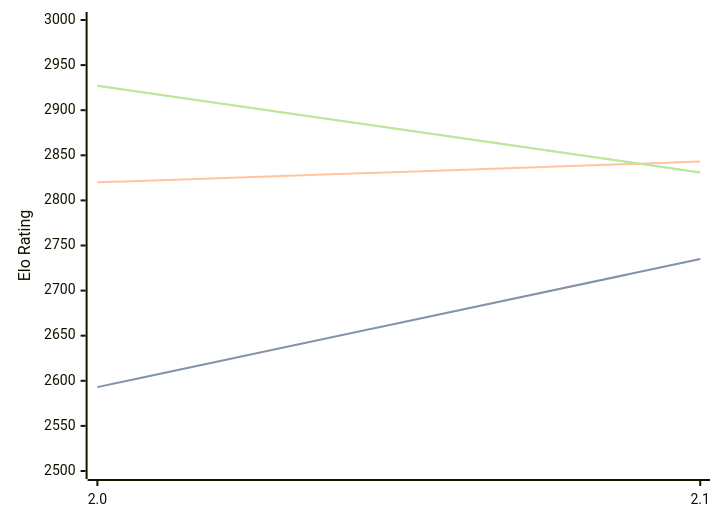
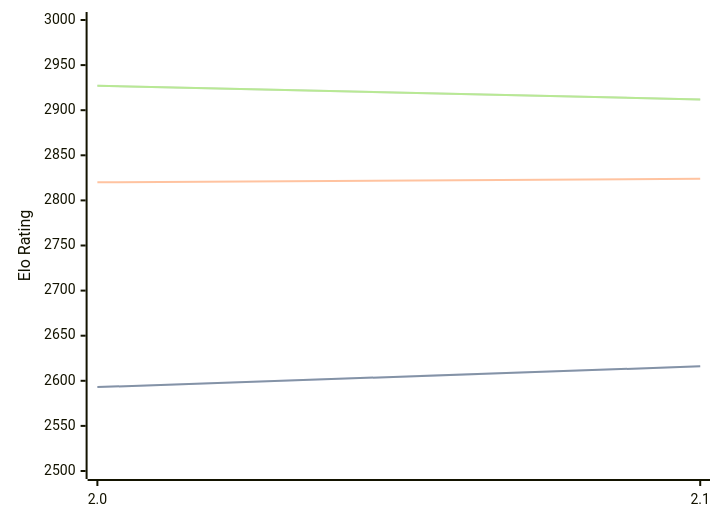
One commit to computer-chess-index/cci changed the third of 3 diagrams in engines/Noggin.md. Above: the diagram before and after it, drawn with Mermaid. The commit also changed other lines of this file, not shown here.

Commit message:
Update CCI Ratings (ELO VLTC) - 2026-07-10

````diff
--- a/engines/Noggin.md
+++ b/engines/Noggin.md
@@ -66,11 +66,11 @@
 ```mermaid
 %%{init: {"theme":"base","themeVariables":{"seriesColors:['#a3a3a3','#222221','#faa371']}}}%%
 xychart-beta
   x-axis ["2.0", "2.1"]
   y-axis "Elo Rating" 2500 --> 3000
-  line "STC (8.0+0.08s)" [2593, 2735]
-  line "STC (8.0+0.08s)" [2593, 2735]
-  line "LTC (60.0+0.60s)" [2820, 2843]
-  line "VLTC (2m24s+1.12s)" [2927, 2831]
-  line "VLTC (2m24s+1.12s)" [2927, 2831]
+  line "STC (8.0+0.08s)" [2593, 2616]
+  line "STC (8.0+0.08s)" [2593, 2616]
+  line "LTC (60.0+0.60s)" [2820, 2824]
+  line "VLTC (2m24s+1.12s)" [2927, 2912]
+  line "VLTC (2m24s+1.12s)" [2927, 2912]
 ```
````
